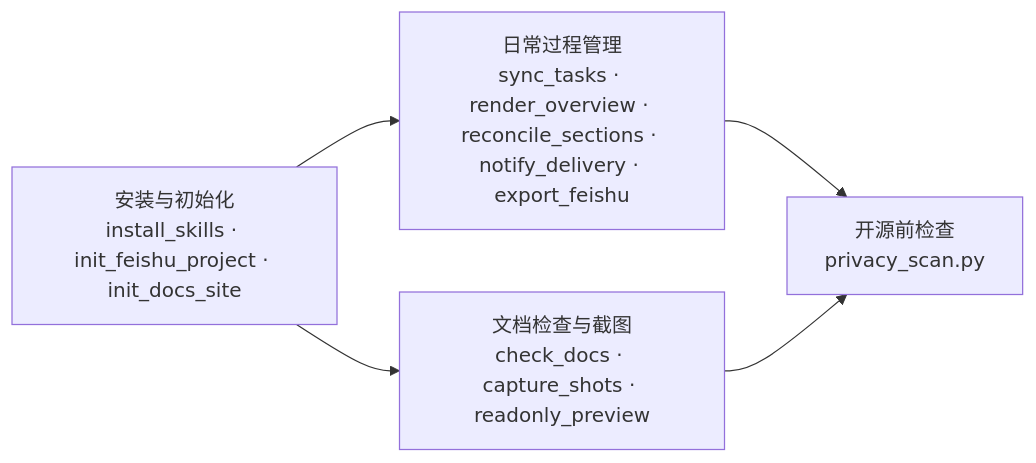
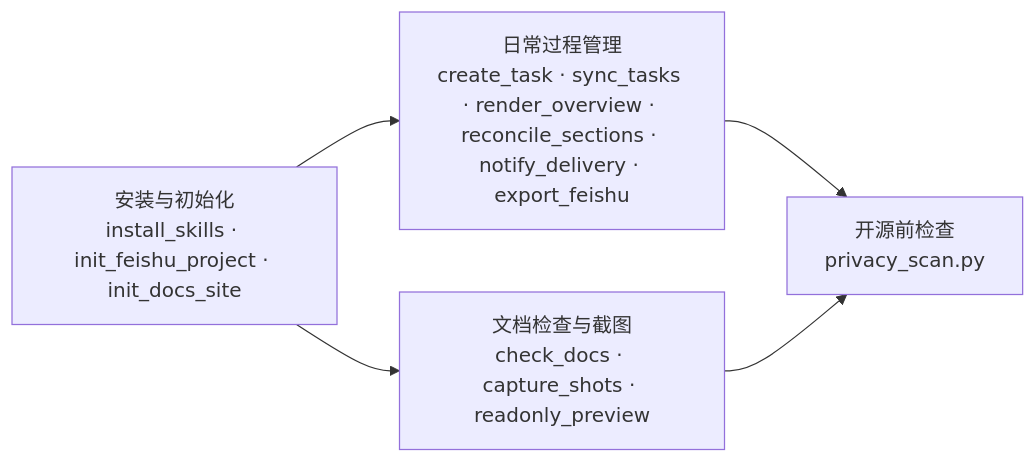
Before and after one commit to NJU-SOARLAB/soar-devflow: the diagram in site/reference/cli-scripts.md, drawn with Mermaid. The commit also changed other lines of this file and 19 other files, not shown here.

Commit message:
feat: add create_task.py, harden auto-triggering, task ID parsing, locks, and Wiki URL order

````diff
--- a/site/reference/cli-scripts.md
+++ b/site/reference/cli-scripts.md
@@ -10,10 +10,10 @@
 ```mermaid
 flowchart LR
   Setup["安装与初始化<br/>install_skills · init_feishu_project · init_docs_site"]
-  Tasks["日常过程管理<br/>sync_tasks · render_overview · reconcile_sections · notify_delivery · export_feishu"]
+  Tasks["日常过程管理<br/>create_task · sync_tasks · render_overview · reconcile_sections · notify_delivery · export_feishu"]
   Docs["文档检查与截图<br/>check_docs · capture_shots · readonly_preview"]
   Scan["开源前检查<br/>privacy_scan.py"]
 
   Setup --> Tasks & Docs
   Tasks & Docs --> Scan
 ```
````
